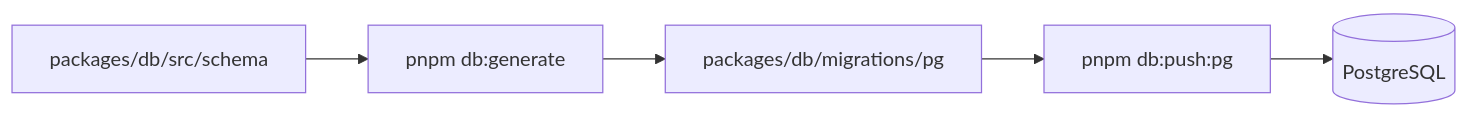
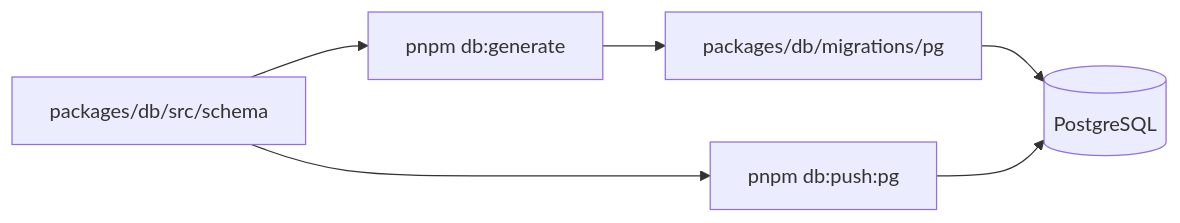
Before and after one commit to cnodejs/cnode-next: the second of 2 diagrams in docs/database.md, drawn with Mermaid. The commit also changed other lines of this file and 67 other files, not shown here.

````diff
--- a/docs/database.md
+++ b/docs/database.md
@@ -42,7 +45,8 @@
 ```mermaid
 flowchart LR
   Schema[packages/db/src/schema] --> Generate[pnpm db:generate]
   Generate --> Files[packages/db/migrations/pg]
-  Files --> Push[pnpm db:push:pg]
-  Push --> Pg[(PostgreSQL)]
+  Schema --> Push[pnpm db:push:pg]
+  Files --> Pg[(PostgreSQL)]
+  Push --> Pg
 ```
````
